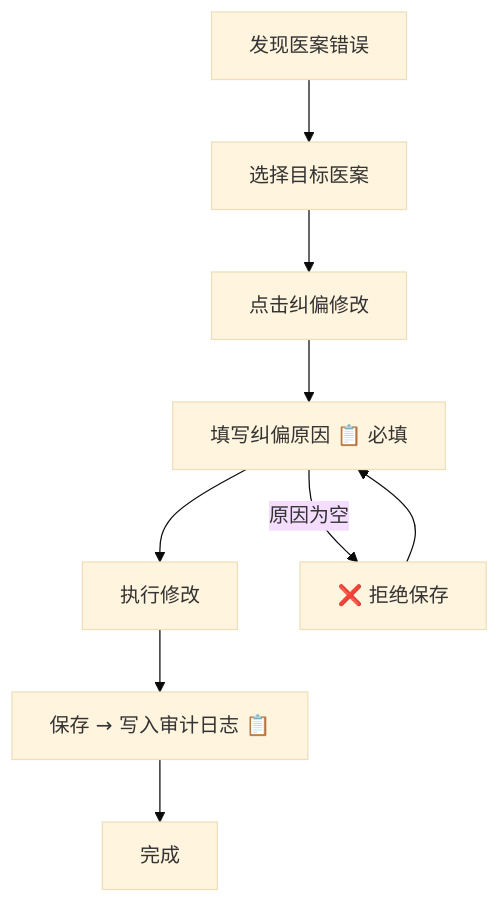
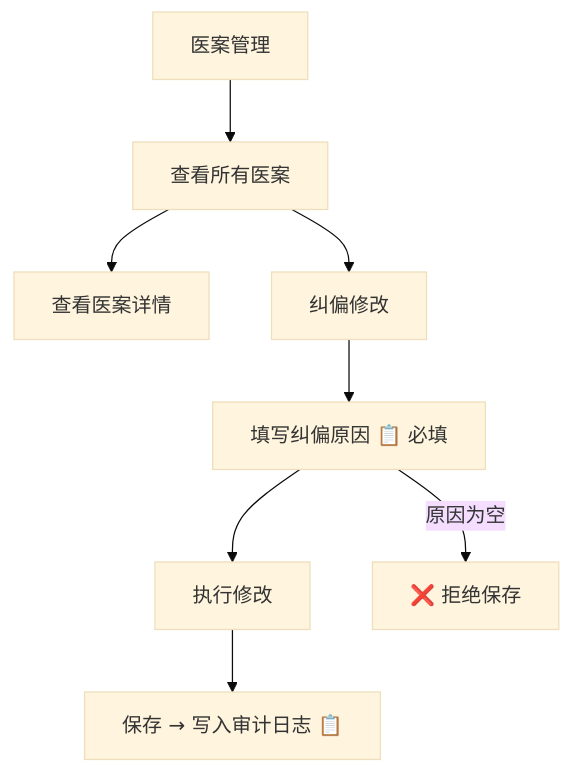
Before and after one commit to shouqitao/LYBTZYZS: the sixth of 11 diagrams in docs/01-product/02-personas.md, drawn with Mermaid (base theme). The commit also changed other lines of this file, not shown here.

First line of the commit message:
docs(personas): restructure Admin flow - parallel management modules with separate sub-flows

````diff
--- a/docs/01-product/02-personas.md
+++ b/docs/01-product/02-personas.md
@@ -166,12 +182,12 @@
 ```mermaid
 flowchart TD
-    A[发现医案错误] --> B[选择目标医案]
-    B --> C[点击纠偏修改]
-    C --> D[填写纠偏原因 📋 必填]
-    D --> E[执行修改]
-    E --> F[保存 → 写入审计日志 📋]
-    F --> G[完成]
+    A[医案管理] --> B[查看所有医案]
+    B --> C[查看医案详情]
+    B --> D[纠偏修改]
 
-    D -->|原因为空| H[❌ 拒绝保存]
-    H --> D
+    D --> D1[填写纠偏原因 📋 必填]
+    D1 --> D2[执行修改]
+    D2 --> D3[保存 → 写入审计日志 📋]
+
+    D1 -->|原因为空| D4[❌ 拒绝保存]
 ```
````
